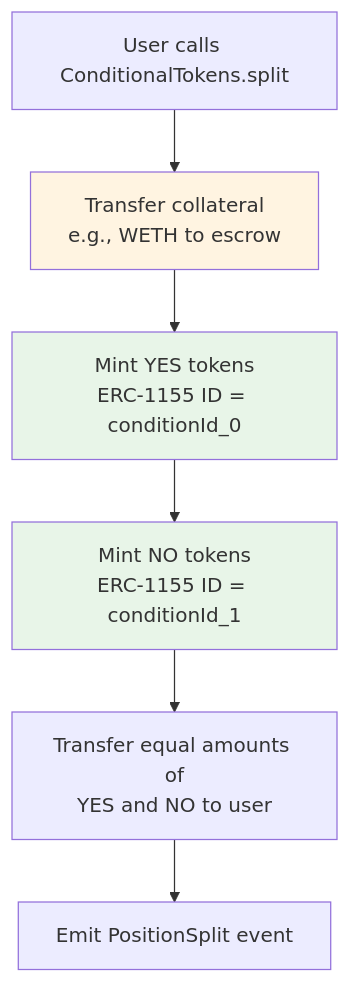
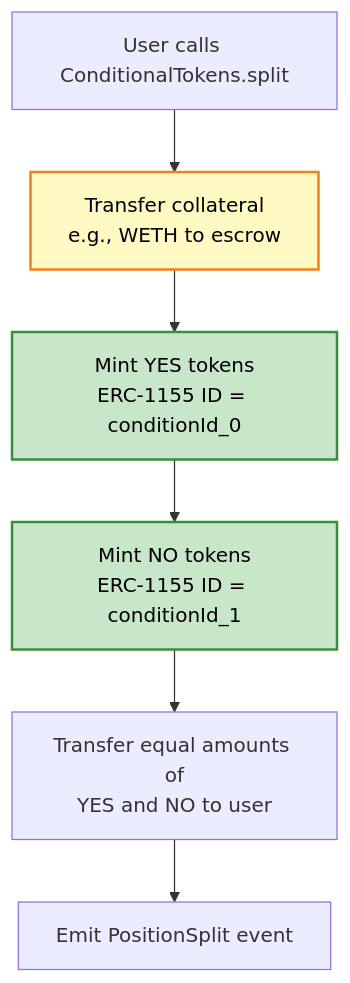
One commit to Sarnav07/omniverse changed the third of 5 diagrams in README.md. Above: the diagram before and after it, drawn with Mermaid. The commit also changed other lines of this file, not shown here.

First line of the commit message:
docs: improve Mermaid diagram contrast with darker colors

````diff
--- a/README.md
+++ b/README.md
@@ -365,12 +365,12 @@
 ```mermaid
 flowchart TD
     A[User calls ConditionalTokens.split] --> B[Transfer collateral<br/>e.g., WETH to escrow]
     B --> C[Mint YES tokens<br/>ERC-1155 ID = conditionId_0]
     C --> D[Mint NO tokens<br/>ERC-1155 ID = conditionId_1]
     D --> E[Transfer equal amounts of<br/>YES and NO to user]
     E --> F[Emit PositionSplit event]
     
-    style B fill:#fff4e1
-    style C fill:#e8f5e8
-    style D fill:#e8f5e8
+    style B fill:#fff9c4,stroke:#f57f17,stroke-width:2px,color:#000
+    style C fill:#c8e6c9,stroke:#388e3c,stroke-width:2px,color:#000
+    style D fill:#c8e6c9,stroke:#388e3c,stroke-width:2px,color:#000
 ```
````
